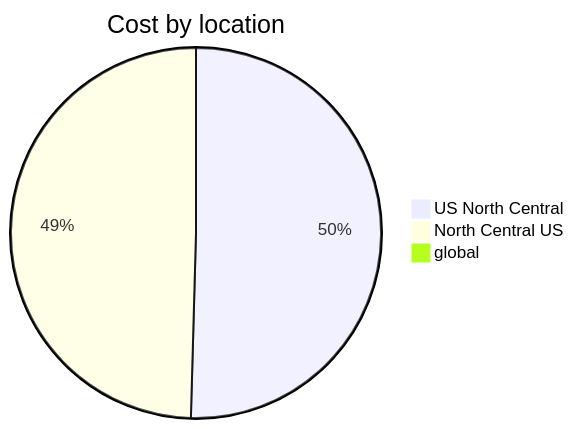
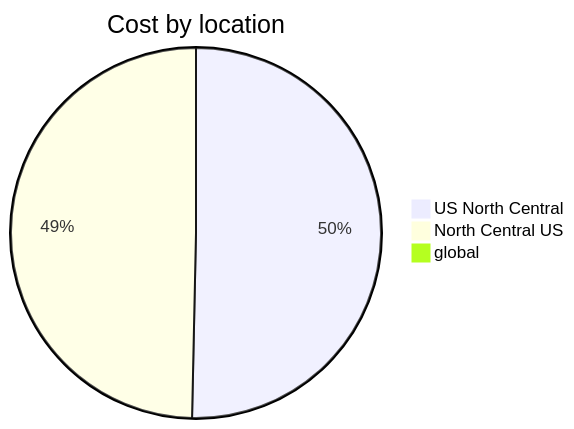
One commit to jpfulton/azure-personal-reports changed the third of 4 diagrams in cost-reports/personal-network/README.md. Above: the diagram before and after it, drawn with Mermaid. The commit also changed other lines of this file and 8 other files, not shown here.

````diff
--- a/cost-reports/personal-network/README.md
+++ b/cost-reports/personal-network/README.md
@@ -117,7 +117,7 @@
 ```mermaid
 pie
    title Cost by location
-   "US North Central" : 25.25
-   "North Central US" : 24.81
-   "global" : 0.47
+   "US North Central" : 26.05
+   "North Central US" : 25.70
+   "global" : 0.48
 ```
````
